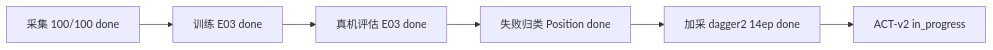
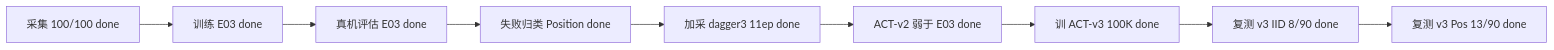
The seventh of 7 diagrams in lab-log/charts.md (wjl110/Reall2Policy), drawn with Mermaid before and after one commit. The commit also changed other lines of this file and 38 other files, not shown here.

````diff
--- a/lab-log/charts.md
+++ b/lab-log/charts.md
@@ -83,8 +99,11 @@
 ```mermaid
 flowchart LR
     A["采集 100/100 done"] --> B["训练 E03 done"]
     B --> C["真机评估 E03 done"]
     C --> D["失败归类 Position done"]
-    D --> E["加采 dagger2 14ep done"]
-    E --> F["ACT-v2 in_progress"]
+    D --> E["加采 dagger3 11ep done"]
+    E --> F["ACT-v2 弱于 E03 done"]
+    F --> G["训 ACT-v3 100K done"]
+    G --> H["复测 v3 IID 8/90 done"]
+    H --> I["复测 v3 Pos 13/90 done"]
 ```
````
